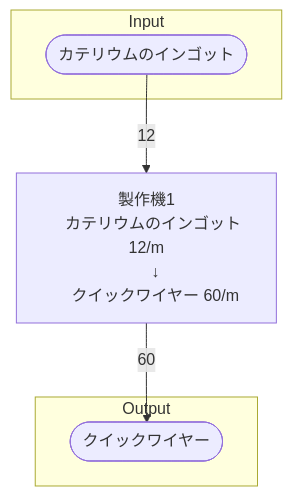
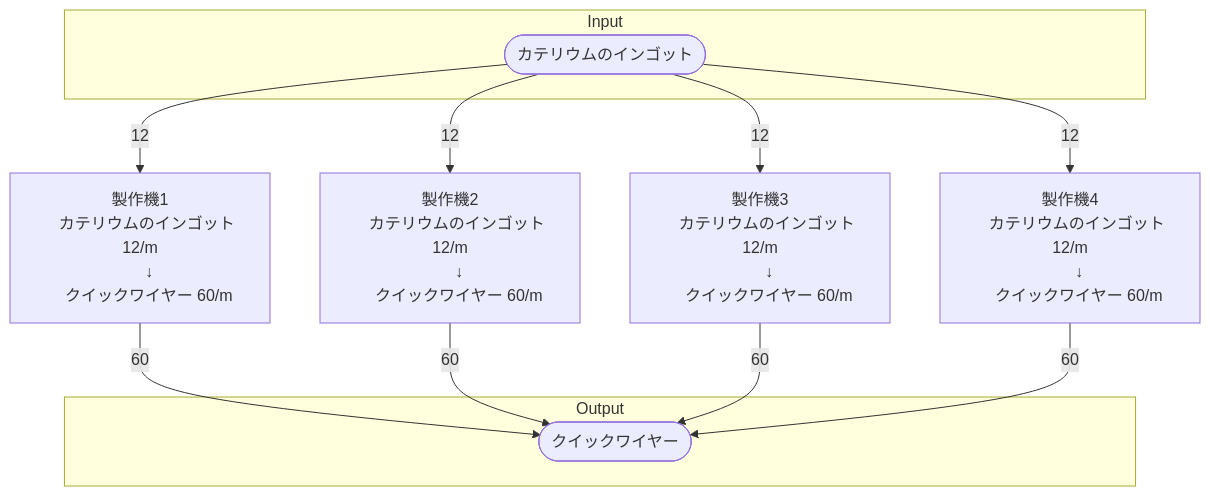
Before and after one commit to Suzuran-Amano/SatisfactoryTaskEfficiency: the diagram in 40_FactoryBuilding/初期一時カテリウム工場/40_個別製造ライン設計書/個別製造ライン設計書_クイックワイヤー製造ライン.md, drawn with Mermaid. The commit also changed other lines of this file and 14 other files, not shown here.

````diff
--- a/40_FactoryBuilding/初期一時カテリウム工場/40_個別製造ライン設計書/個別製造ライン設計書_クイックワイヤー製造ライン.md
+++ b/40_FactoryBuilding/初期一時カテリウム工場/40_個別製造ライン設計書/個別製造ライン設計書_クイックワイヤー製造ライン.md
@@ -20,21 +20,48 @@
 ```mermaid
 flowchart TD
 
 subgraph Input
     カテリウムのインゴット([カテリウムのインゴット])
 end
 
 製作機1[
     製作機1
     カテリウムのインゴット 12/m
     ↓
     クイックワイヤー 60/m
 ]
 
+製作機2[
+    製作機2
+    カテリウムのインゴット 12/m
+    ↓
+    クイックワイヤー 60/m
+]
+
+製作機3[
+    製作機3
+    カテリウムのインゴット 12/m
+    ↓
+    クイックワイヤー 60/m
+]
+
+製作機4[
+    製作機4
+    カテリウムのインゴット 12/m
+    ↓
+    クイックワイヤー 60/m
+]
+
 subgraph Output
     クイックワイヤー([クイックワイヤー])
 end
 
 カテリウムのインゴット-->|12|製作機1
 製作機1-->|60|クイックワイヤー
+カテリウムのインゴット-->|12|製作機2
+製作機2-->|60|クイックワイヤー
+カテリウムのインゴット-->|12|製作機3
+製作機3-->|60|クイックワイヤー
+カテリウムのインゴット-->|12|製作機4
+製作機4-->|60|クイックワイヤー
 ```
````
